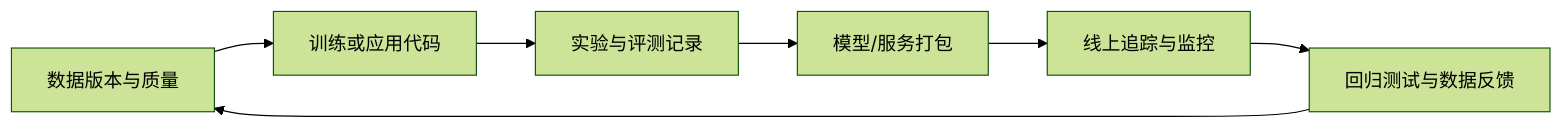
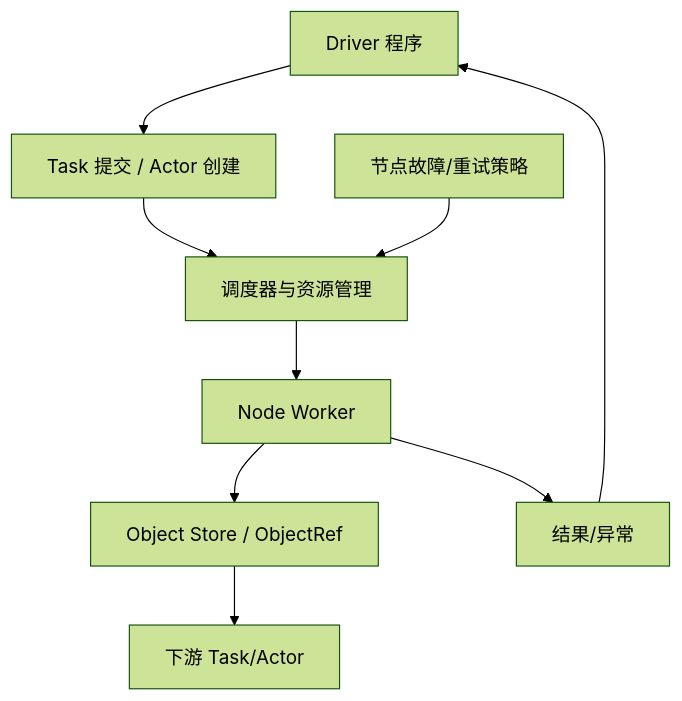
One commit to JiangXiangAi/git_weekly_news changed the tenth of 10 diagrams in 2026/2026-10-05_2026-10-11/06_Other.md. Above: the diagram before and after it, drawn with Mermaid (forest theme). The commit also changed other lines of this file, not shown here.

Commit message:
Expand Other report with technical walkthroughs, diagrams, and glossary links

````diff
--- a/2026/2026-10-05_2026-10-11/06_Other.md
+++ b/2026/2026-10-05_2026-10-11/06_Other.md
@@ -74,9 +222,11 @@
 ```mermaid
-flowchart LR
-A[数据版本与质量] --> B[训练或应用代码]
-B --> C[实验与评测记录]
-C --> D[模型/服务打包]
-D --> E[线上追踪与监控]
-E --> F[回归测试与数据反馈]
-F --> A
+flowchart TD
+  A[Driver 程序] --> B[Task 提交 / Actor 创建]
+  B --> C[调度器与资源管理]
+  C --> D[Node Worker]
+  D --> E[Object Store / ObjectRef]
+  E --> F[下游 Task/Actor]
+  D --> G[结果/异常]
+  G --> A
+  H[节点故障/重试策略] --> C
 ```
````
